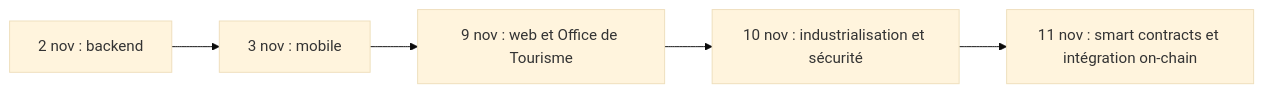
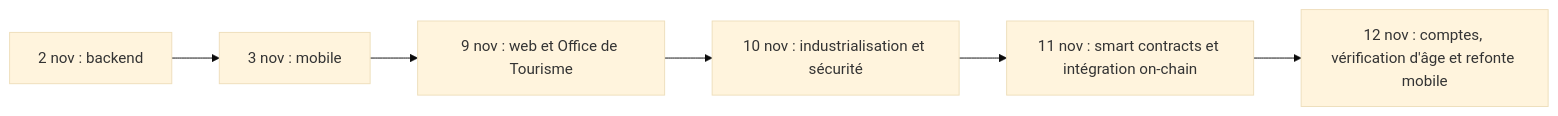
Before and after one commit to MarceauTDML/BlockLucky: the diagram in documentation-officielle/content/presentation/historique.md, drawn with Mermaid (base theme). The commit also changed other lines of this file and 82 other files, not shown here.

````diff
--- a/documentation-officielle/content/presentation/historique.md
+++ b/documentation-officielle/content/presentation/historique.md
@@ -17,7 +17,8 @@
 ```mermaid
 flowchart LR
     A["2 nov : backend"] --> B["3 nov : mobile"]
     B --> C["9 nov : web et Office de Tourisme"]
     C --> D["10 nov : industrialisation et sécurité"]
     D --> E["11 nov : smart contracts et intégration on-chain"]
+    E --> F["12 nov : comptes, vérification d'âge et refonte mobile"]
 ```
````
